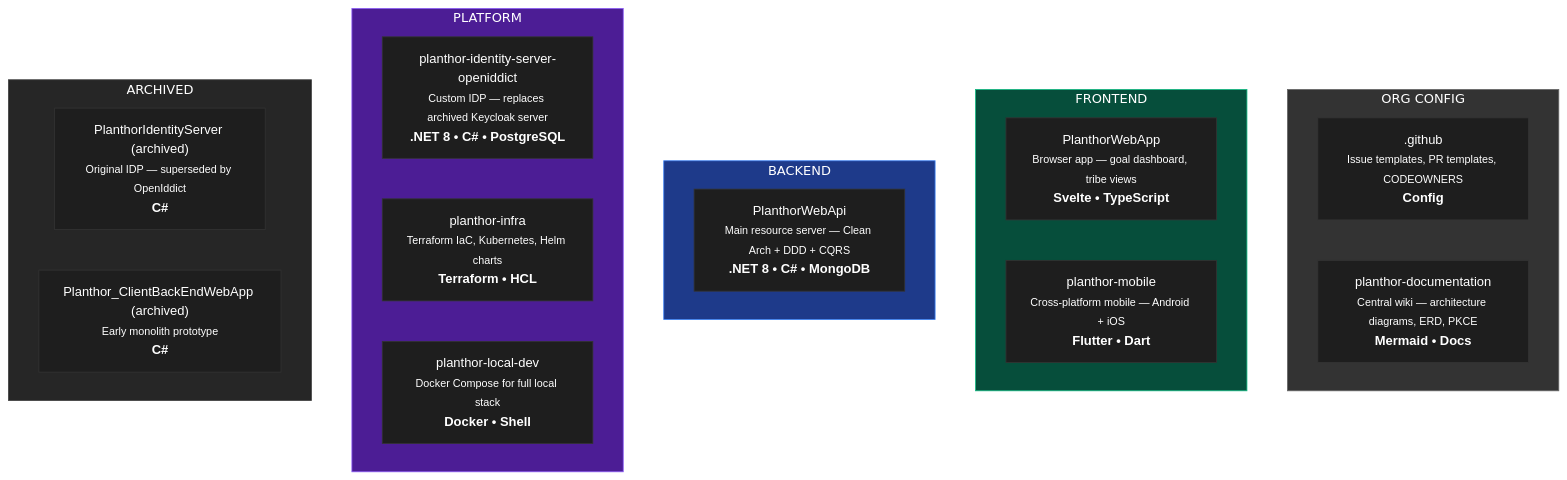
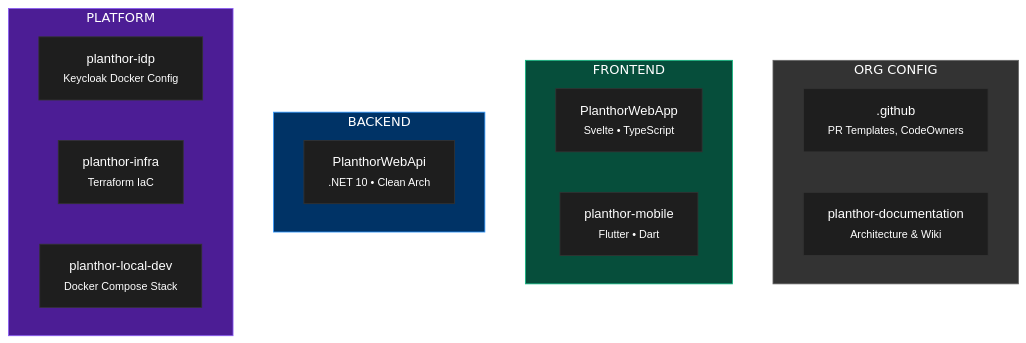
The first of 4 diagrams in docs/devops.md (Planthor/planthor-documentation), drawn with Mermaid before and after one commit. The commit also changed other lines of this file and 5 other files, not shown here.

````diff
--- a/docs/devops.md
+++ b/docs/devops.md
@@ -9,50 +11,40 @@
 ``` mermaid
 graph TD
     %% Global Styling
     classDef default fill:#1e1e1e,stroke:#333,color:#fff,font-family:sans-serif;
     
     %% Org Config Section
     subgraph ORG_CONFIG ["ORG CONFIG"]
         direction LR
-        config1[".github<br/><small>Issue templates, PR templates, CODEOWNERS</small><br/><b>Config</b>"]
-        config2["planthor-documentation<br/><small>Central wiki — architecture diagrams, ERD, PKCE</small><br/><b>Mermaid • Docs</b>"]
+        config1[".github<br/><small>PR Templates, CodeOwners</small>"]
+        config2["planthor-documentation<br/><small>Architecture & Wiki</small>"]
     end
 
     %% Frontend Section
     subgraph FRONTEND ["FRONTEND"]
         direction LR
-        fe1["PlanthorWebApp<br/><small>Browser app — goal dashboard, tribe views</small><br/><b>Svelte • TypeScript</b>"]
-        fe2["planthor-mobile<br/><small>Cross-platform mobile — Android + iOS</small><br/><b>Flutter • Dart</b>"]
+        fe1["PlanthorWebApp<br/><small>Svelte • TypeScript</small>"]
+        fe2["planthor-mobile<br/><small>Flutter • Dart</small>"]
     end
 
     %% Backend Section
     subgraph BACKEND ["BACKEND"]
-        be1["PlanthorWebApi<br/><small>Main resource server — Clean Arch + DDD + CQRS</small><br/><b>.NET 8 • C# • MongoDB</b>"]
+        be1["PlanthorWebApi<br/><small>.NET 10 • Clean Arch</small>"]
     end
 
     %% Platform Section
     subgraph PLATFORM ["PLATFORM"]
         direction LR
-        p1["planthor-identity-server-openiddict<br/><small>Custom IDP — replaces archived Keycloak server</small><br/><b>.NET 8 • C# • PostgreSQL</b>"]
-        p2["planthor-infra<br/><small>Terraform IaC, Kubernetes, Helm charts</small><br/><b>Terraform • HCL</b>"]
-        p3["planthor-local-dev<br/><small>Docker Compose for full local stack</small><br/><b>Docker • Shell</b>"]
+        p1["planthor-idp<br/><small>Keycloak Docker Config</small>"]
+        p2["planthor-infra<br/><small>Terraform IaC</small>"]
+        p3["planthor-local-dev<br/><small>Docker Compose Stack</small>"]
     end
 
-    %% Archived Section
-    subgraph ARCHIVED ["ARCHIVED"]
-        direction LR
-        old1["PlanthorIdentityServer (archived)<br/><small>Original IDP — superseded by OpenIddict</small><br/><b>C#</b>"]
-        old2["Planthor_ClientBackEndWebApp (archived)<br/><small>Early monolith prototype</small><br/><b>C#</b>"]
-    end
-
-    %% Styling Classes for Categories
+    %% Styling Classes
     style ORG_CONFIG fill:#333,stroke:#666,color:#fff
     style FRONTEND fill:#064e3b,stroke:#10b981,color:#fff
-    style BACKEND fill:#1e3a8a,stroke:#3b82f6,color:#fff
+    style BACKEND fill:#003366,stroke:#3399ff,color:#fff
     style PLATFORM fill:#4c1d95,stroke:#8b5cf6,color:#fff
-    style ARCHIVED fill:#262626,stroke:#404040,color:#fff
 
-    %% Node Styling
-    class config1,config2,fe1,fe2,be1,p1,p2,p3,old1,old2 default;
-
+    class config1,config2,fe1,fe2,be1,p1,p2,p3 default;
 ```
````
